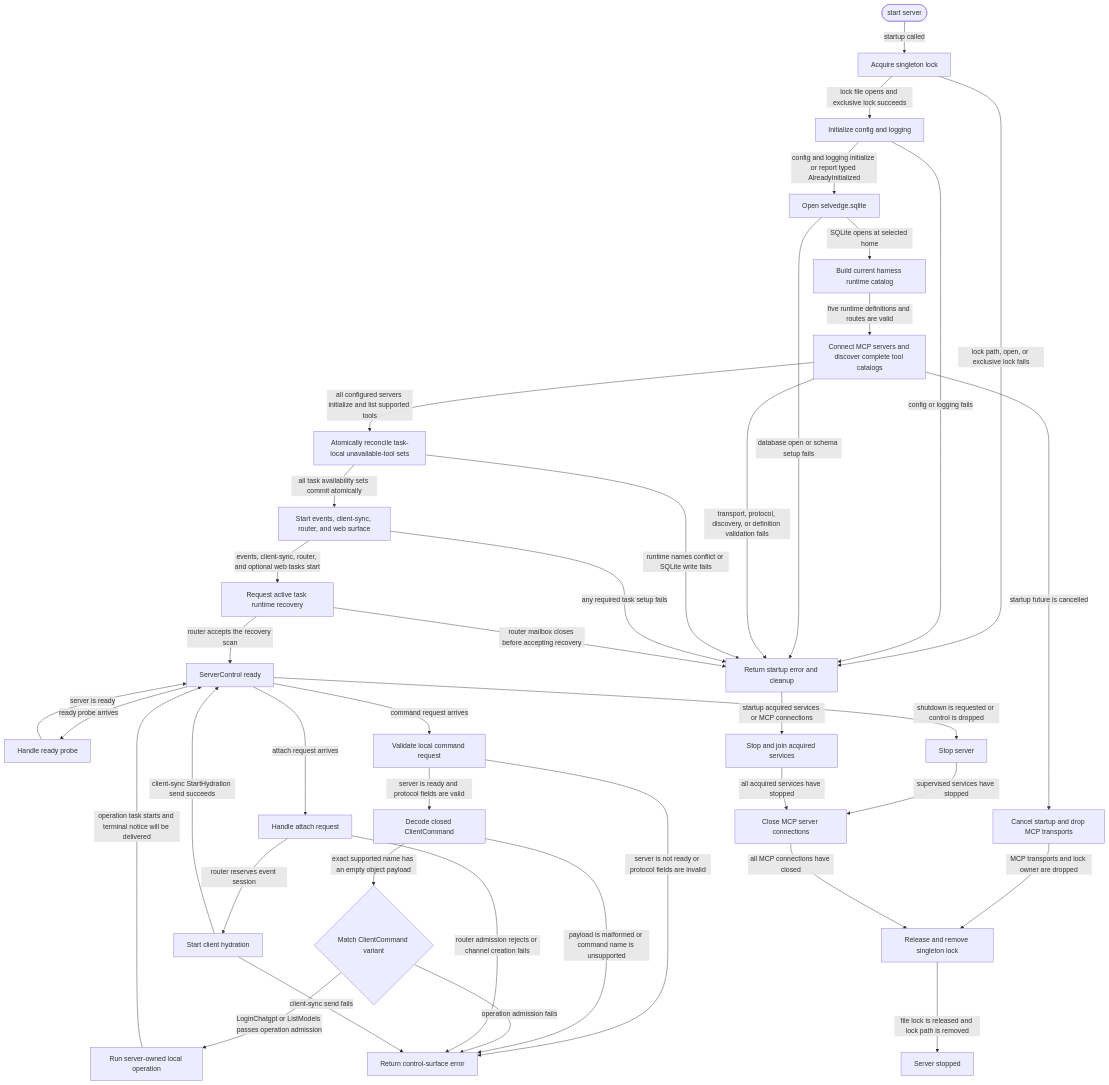
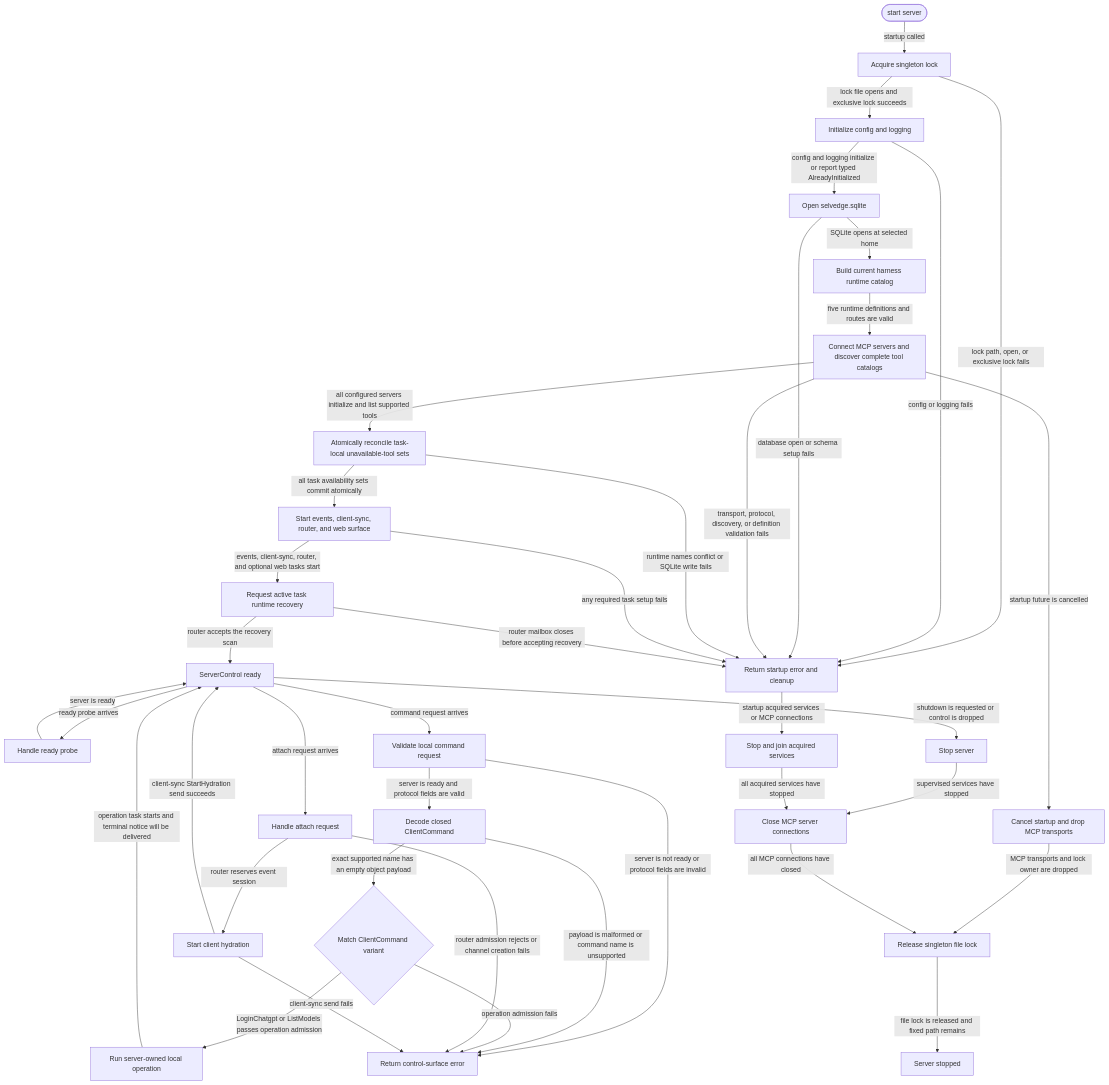
One commit to JiaJunDeng5930/Selvedge changed the diagram in crates/server/README.md. Above: the diagram before and after it, drawn with Mermaid. The commit also changed other lines of this file and 4 other files, not shown here.

Commit message:
fix(server): preserve singleton lock inode

````diff
--- a/crates/server/README.md
+++ b/crates/server/README.md
@@ -43,68 +43,68 @@
 ```mermaid
 flowchart TD
   Start([start server])
   Lock[Acquire singleton lock]
   InitConfig[Initialize config and logging]
   OpenDb[Open selvedge.sqlite]
   BuildHarness[Build current harness runtime catalog]
   DiscoverMcp[Connect MCP servers and discover complete tool catalogs]
   CancelStartup[Cancel startup and drop MCP transports]
   ReconcileTools[Atomically reconcile task-local unavailable-tool sets]
   SpawnServices[Start events, client-sync, router, and web surface]
   Recover[Request active task runtime recovery]
   Ready[ServerControl ready]
   Probe[Handle ready probe]
   Submit[Validate local command request]
   Decode[Decode closed ClientCommand]
   Dispatch{Match ClientCommand variant}
   LocalOperation[Run server-owned local operation]
   Attach[Handle attach request]
   Hydrate[Start client hydration]
   Stop[Stop server]
   RollbackServices[Stop and join acquired services]
   CloseMcp[Close MCP server connections]
-  ReleaseLock[Release and remove singleton lock]
+  ReleaseLock[Release singleton file lock]
   StartupFailure[Return startup error and cleanup]
   RequestFailure[Return control-surface error]
   Stopped[Server stopped]
 
   Start -->|startup called| Lock
   Lock -->|lock file opens and exclusive lock succeeds| InitConfig
   Lock -->|lock path, open, or exclusive lock fails| StartupFailure
   InitConfig -->|config and logging initialize or report typed AlreadyInitialized| OpenDb
   InitConfig -->|config or logging fails| StartupFailure
   OpenDb -->|SQLite opens at selected home| BuildHarness
   OpenDb -->|database open or schema setup fails| StartupFailure
   BuildHarness -->|five runtime definitions and routes are valid| DiscoverMcp
   DiscoverMcp -->|all configured servers initialize and list supported tools| ReconcileTools
   DiscoverMcp -->|transport, protocol, discovery, or definition validation fails| StartupFailure
   DiscoverMcp -->|startup future is cancelled| CancelStartup
   ReconcileTools -->|all task availability sets commit atomically| SpawnServices
   ReconcileTools -->|runtime names conflict or SQLite write fails| StartupFailure
   SpawnServices -->|events, client-sync, router, and optional web tasks start| Recover
   SpawnServices -->|any required task setup fails| StartupFailure
   Recover -->|router accepts the recovery scan| Ready
   Recover -->|router mailbox closes before accepting recovery| StartupFailure
   Ready -->|ready probe arrives| Probe
   Probe -->|server is ready| Ready
   Ready -->|command request arrives| Submit
   Submit -->|server is ready and protocol fields are valid| Decode
   Submit -->|server is not ready or protocol fields are invalid| RequestFailure
   Decode -->|exact supported name has an empty object payload| Dispatch
   Decode -->|payload is malformed or command name is unsupported| RequestFailure
   Dispatch -->|LoginChatgpt or ListModels passes operation admission| LocalOperation
   Dispatch -->|operation admission fails| RequestFailure
   LocalOperation -->|operation task starts and terminal notice will be delivered| Ready
   Ready -->|attach request arrives| Attach
   Attach -->|router reserves event session| Hydrate
   Attach -->|router admission rejects or channel creation fails| RequestFailure
   Hydrate -->|client-sync StartHydration send succeeds| Ready
   Hydrate -->|client-sync send fails| RequestFailure
   Ready -->|shutdown is requested or control is dropped| Stop
   Stop -->|supervised services have stopped| CloseMcp
   StartupFailure -->|startup acquired services or MCP connections| RollbackServices
   CancelStartup -->|MCP transports and lock owner are dropped| ReleaseLock
   RollbackServices -->|all acquired services have stopped| CloseMcp
   CloseMcp -->|all MCP connections have closed| ReleaseLock
-  ReleaseLock -->|file lock is released and lock path is removed| Stopped
+  ReleaseLock -->|file lock is released and fixed path remains| Stopped
 ```
````
